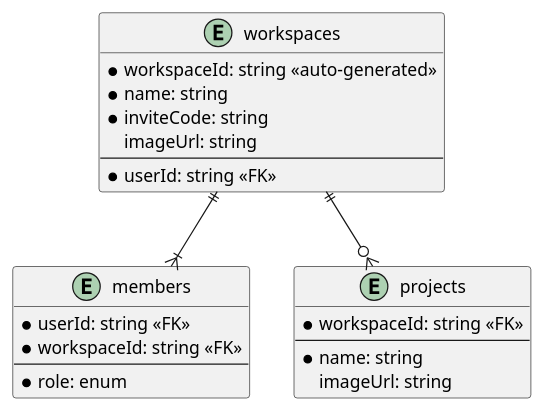
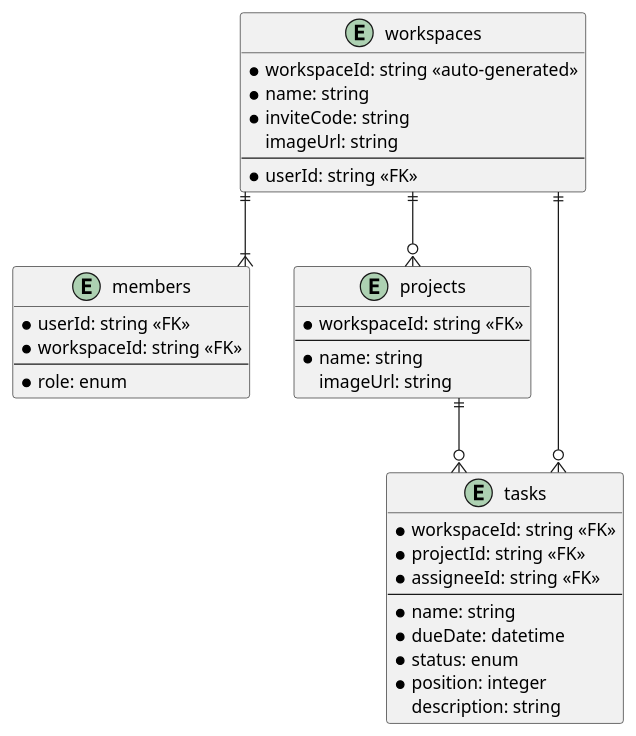
The diagram in diagrams/database.puml (sjiayi-work/jira-clone), drawn with PlantUML before and after one commit. The commit also changed 8 other files, not shown here.

```diff
--- a/diagrams/database.puml
+++ b/diagrams/database.puml
@@ -1,29 +1,46 @@
 @startuml database
+
+' avoid problems with angled crows feet
+skinparam linetype ortho
 
 entity workspaces {
     * workspaceId: string <<auto-generated>>
     * name: string
     * inviteCode: string
     imageUrl: string
     ---
     * userId: string <<FK>>
 }
 
 entity members {
     * userId: string <<FK>>
     * workspaceId: string <<FK>>
     ---
     * role: enum
 }
 
 entity projects {
     * workspaceId: string <<FK>>
     ---
     * name: string
     imageUrl: string
 }
 
+entity tasks {
+    * workspaceId: string <<FK>>
+    * projectId: string <<FK>>
+    * assigneeId: string <<FK>>
+    ---
+    * name: string
+    * dueDate: datetime
+    * status: enum
+    * position: integer
+    description: string
+}
+
 workspaces ||--|{ members
 workspaces ||--o{ projects
+workspaces ||--o{ tasks
+projects ||--o{ tasks
 
 @enduml
```
